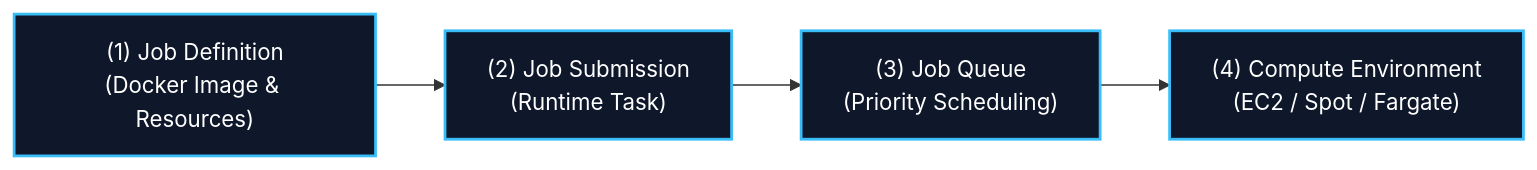
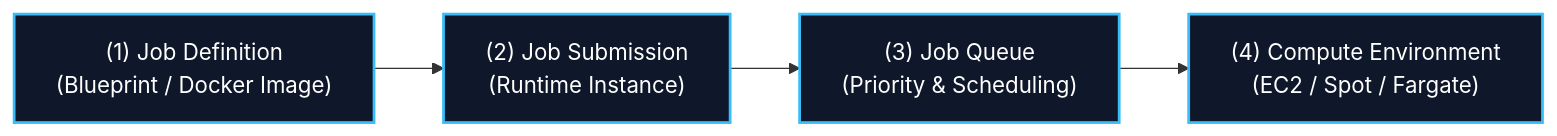
Before and after one commit to Wathon/aws-dea-c01-note: the second of 5 diagrams in content/mm/02-services/compute-containers/batch.md, drawn with Mermaid. The commit also changed other lines of this file and 41 other files, not shown here.

````diff
--- a/content/mm/02-services/compute-containers/batch.md
+++ b/content/mm/02-services/compute-containers/batch.md
@@ -101,9 +103,9 @@
 ```mermaid
 graph LR
-    JobDef["(1) Job Definition<br/>(Docker Image & Resources)"] --> Job["(2) Job Submission<br/>(Runtime Task)"]
-    Job --> JobQueue["(3) Job Queue<br/>(Priority Scheduling)"]
+    JobDef["(1) Job Definition<br/>(Blueprint / Docker Image)"] --> Job["(2) Job Submission<br/>(Runtime Instance)"]
+    Job --> JobQueue["(3) Job Queue<br/>(Priority & Scheduling)"]
     JobQueue --> CompEnv["(4) Compute Environment<br/>(EC2 / Spot / Fargate)"]
 
     classDef block fill:#0f172a,stroke:#38bdf8,stroke-width:2px,color:#fff;
     class JobDef,Job,JobQueue,CompEnv block;
 ```
````
